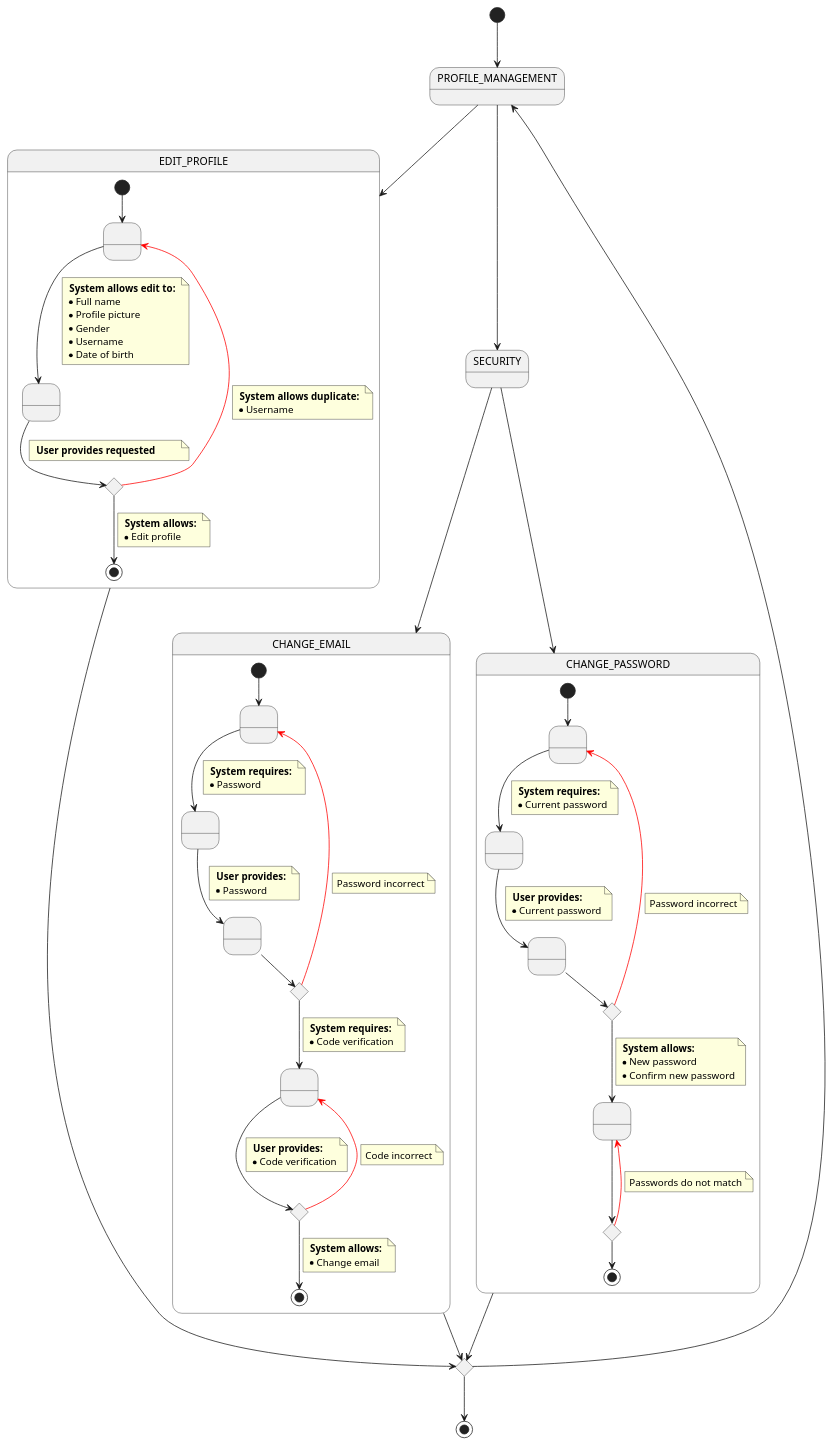
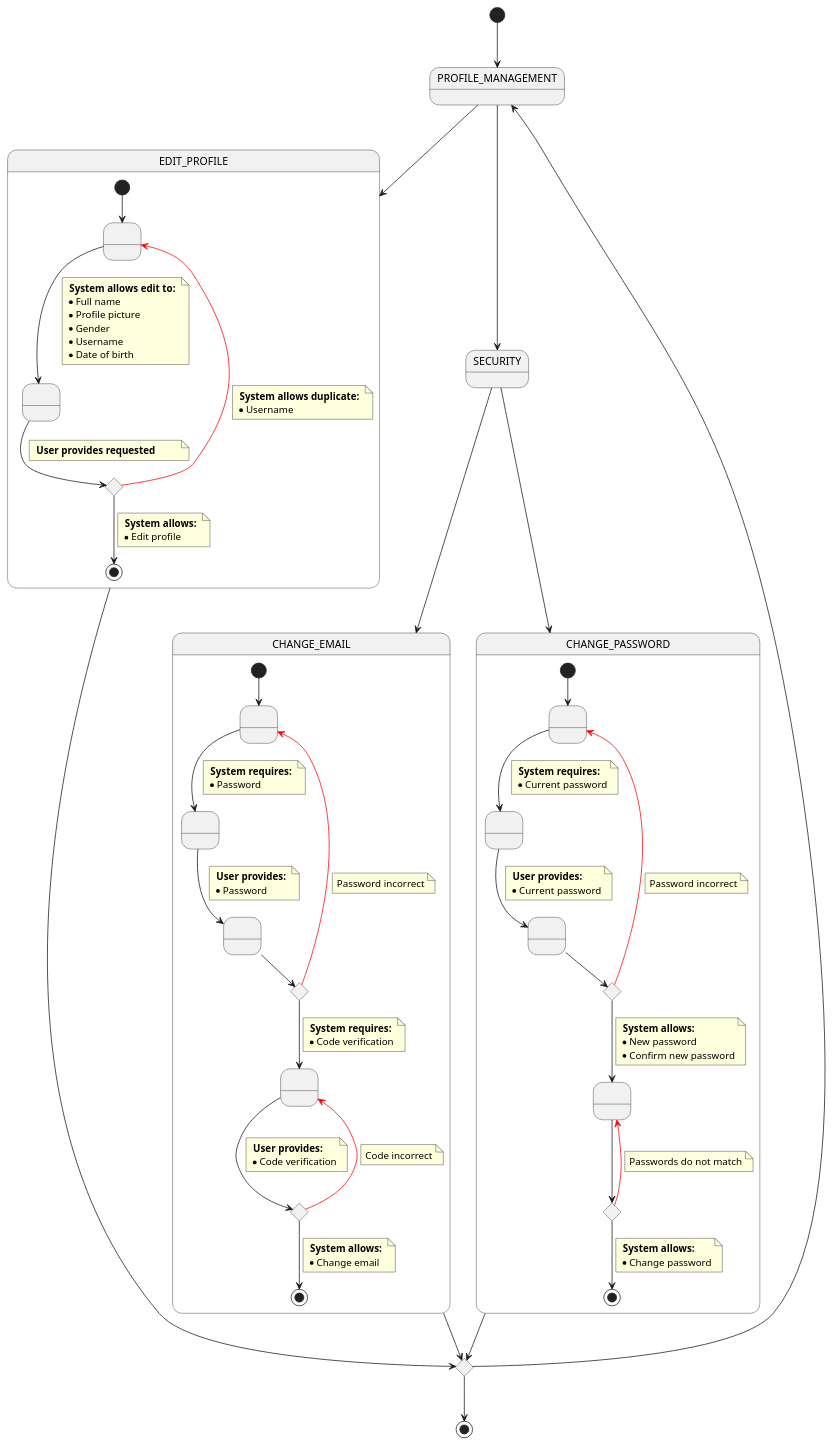
Before and after one commit to vfred0/requeriments-flixxic: the diagram in docs/1-requeriments/2-use-cases-specifications/user/profile-management.puml, drawn with PlantUML. The commit also changed 1 other file, not shown here.

```diff
--- a/docs/1-requeriments/2-use-cases-specifications/user/profile-management.puml
+++ b/docs/1-requeriments/2-use-cases-specifications/user/profile-management.puml
@@ -1,148 +1,152 @@
 @startuml profile-management 
 
 [*] --> PROFILE_MANAGEMENT
 
 state EDIT_PROFILE {
     state EPS1 as " "
     state EPS2 as " "
     state EPC1 <<choice>>
 
     [*] --> EPS1
 
     EPS1 --> EPS2
     note on link
         <b> System allows edit to: </b>
         * Full name        
         * Profile picture
         * Gender
         * Username
         * Date of birth
     end note
     
     EPS2 --> EPC1
     note on link 
         <b> User provides requested </b>        
     end note
 
     EPC1 -[#red]--> EPS1
     note on link
         <b> System allows duplicate: </b>
         * Username                
     end note
 
     EPC1 --> [*]
     note on link
         <b> System allows: </b>
         * Edit profile
     end note
 }
 
 state CHANGE_EMAIL {
     state SS2 as " "
     state SS3 as " "
     state SS4 as " "
     state SS5 as " "
     
     state SSC2 <<choice>>
     state SSC3 <<choice>>
 
     [*] --> SS2
         
     SS2 --> SS3
     note on link
         <b> System requires: </b>
         * Password            
     end note
     
     SS3 --> SS4
     note on link
         <b> User provides: </b>
         * Password            
     end note
 
     SS4 --> SSC2
     SSC2 -[#red]--> SS2
     note on link
         Password incorrect
     end note
 
     SSC2 --> SS5
     note on link
         <b> System requires: </b>
         * Code verification
     end note
 
     SS5 --> SSC3
     note on link
         <b> User provides: </b>
         * Code verification
     end note
     SSC3 -[#red]--> SS5
     note on link
         Code incorrect
     end note
 
     SSC3 --> [*]
     note on link
         <b> System allows: </b>
         * Change email
     end note
 }
 
 
 state CHANGE_PASSWORD {
     state CPS1 as " "
     state CPS2 as " "
     state CPS3 as " "
     state CPS4 as " "    
     state CPSC1 <<choice>>
     state CPSC2 <<choice>>
 
     [*] --> CPS1
     CPS1 --> CPS2
     note on link
         <b> System requires: </b>
         * Current password            
     end note
 
     CPS2 --> CPS3
     note on link
         <b> User provides: </b>
         * Current password            
     end note
 
     CPS3 --> CPSC1
     CPSC1 -[#red]--> CPS1
     note on link
         Password incorrect
     end note
 
     CPSC1 --> CPS4
     note on link
         <b> System allows: </b>
         * New password
         * Confirm new password
     end note
 
     CPS4 --> CPSC2 
     CPSC2 -[#red]--> CPS4
     note on link
         Passwords do not match
     end note
 
-    CPSC2 --> [*]    
+    CPSC2 --> [*] 
+    note on link
+        <b> System allows: </b>
+        * Change password
+    end note   
 }
 
 PROFILE_MANAGEMENT --> EDIT_PROFILE
 PROFILE_MANAGEMENT --> SECURITY 
 SECURITY --> CHANGE_EMAIL
 SECURITY --> CHANGE_PASSWORD
 
 state union <<choice>>
 
 EDIT_PROFILE --> union
 CHANGE_EMAIL --> union
 CHANGE_PASSWORD --> union
 union --> [*]
 union --> PROFILE_MANAGEMENT
 @enduml
```
